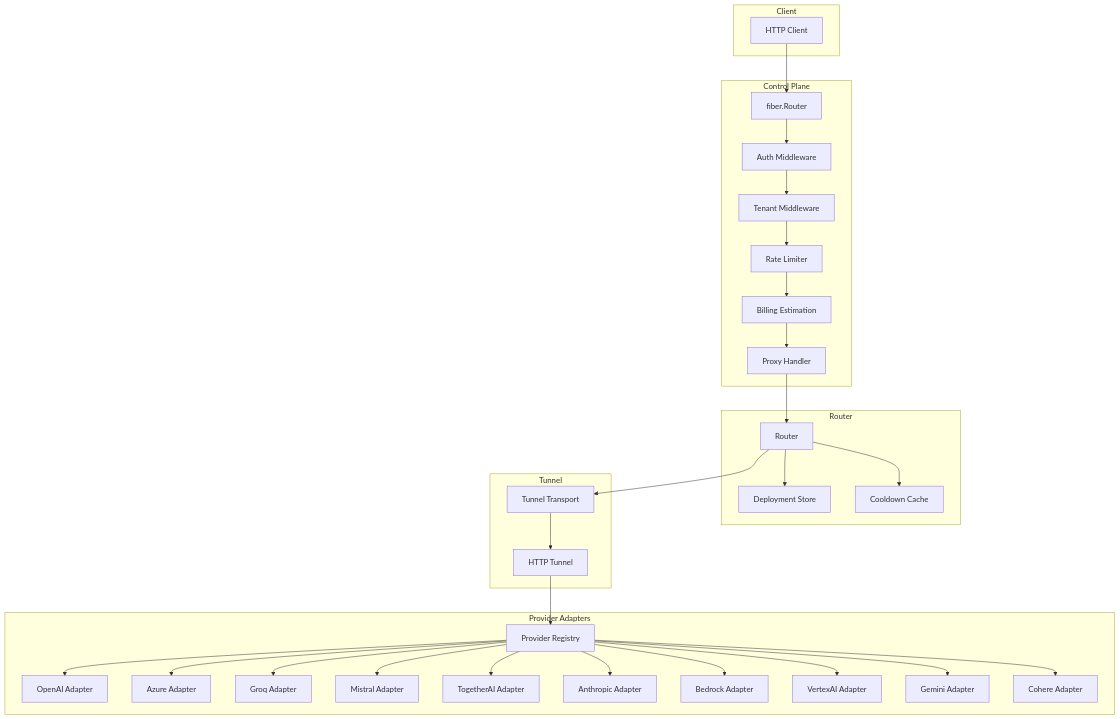
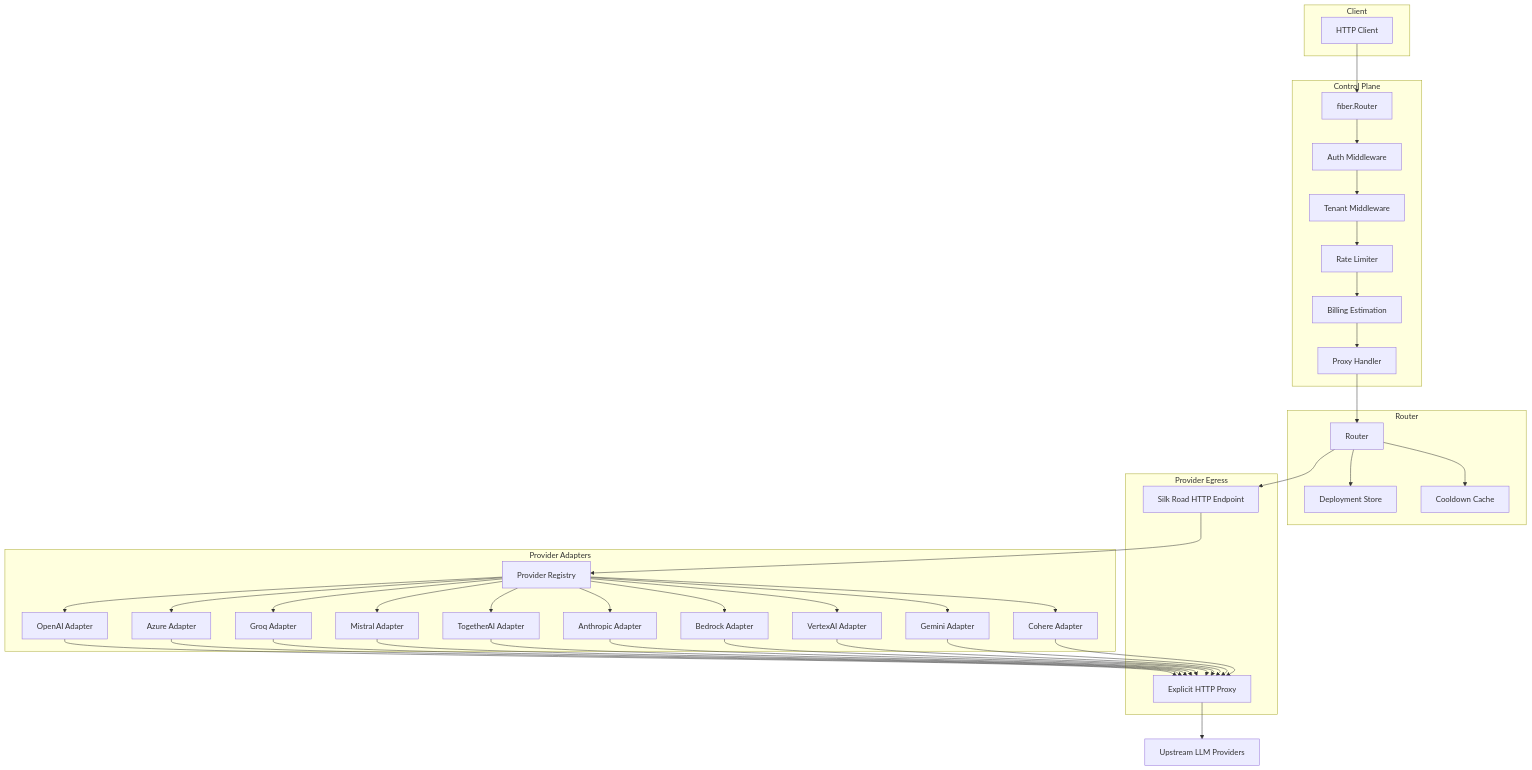
Before and after one commit to godarai-ir/Shahrah: the diagram in plans/phase2-liteLLM-provider-support.md, drawn with Mermaid. The commit also changed other lines of this file and 42 other files, not shown here.

````diff
--- a/plans/phase2-liteLLM-provider-support.md
+++ b/plans/phase2-liteLLM-provider-support.md
@@ -584,60 +582,72 @@
 ```mermaid
 flowchart TD
     subgraph Client
         A[HTTP Client]
     end
 
     subgraph "Control Plane"
         B[fiber.Router]
         C[Auth Middleware]
         D[Tenant Middleware]
         E[Rate Limiter]
         F[Billing Estimation]
         G[Proxy Handler]
     end
 
     subgraph Router
         H[Router]
         I[Deployment Store]
         J[Cooldown Cache]
     end
 
-    subgraph Tunnel
-        K[Tunnel Transport]
-        L[HTTP Tunnel]
+    subgraph Provider Egress
+        K[Silk Road HTTP Endpoint]
+        L[Explicit HTTP Proxy]
     end
 
     subgraph "Provider Adapters"
         M[Provider Registry]
         N[OpenAI Adapter]
         O[Azure Adapter]
         P[Groq Adapter]
         Q[Mistral Adapter]
         R[TogetherAI Adapter]
         S[Anthropic Adapter]
         T[Bedrock Adapter]
         U[VertexAI Adapter]
         V[Gemini Adapter]
         W[Cohere Adapter]
     end
 
+    X[Upstream LLM Providers]
+
     A --> B
     B --> C --> D --> E --> F --> G
     G --> H
     H --> I
     H --> J
     H --> K
-    K --> L
-    L --> M
+    K --> M
     
     M --> N
     M --> O
     M --> P
     M --> Q
     M --> R
     M --> S
     M --> T
     M --> U
     M --> V
     M --> W
+    N --> L
+    O --> L
+    P --> L
+    Q --> L
+    R --> L
+    S --> L
+    T --> L
+    U --> L
+    V --> L
+    W --> L
+    L --> X
 ```
````
